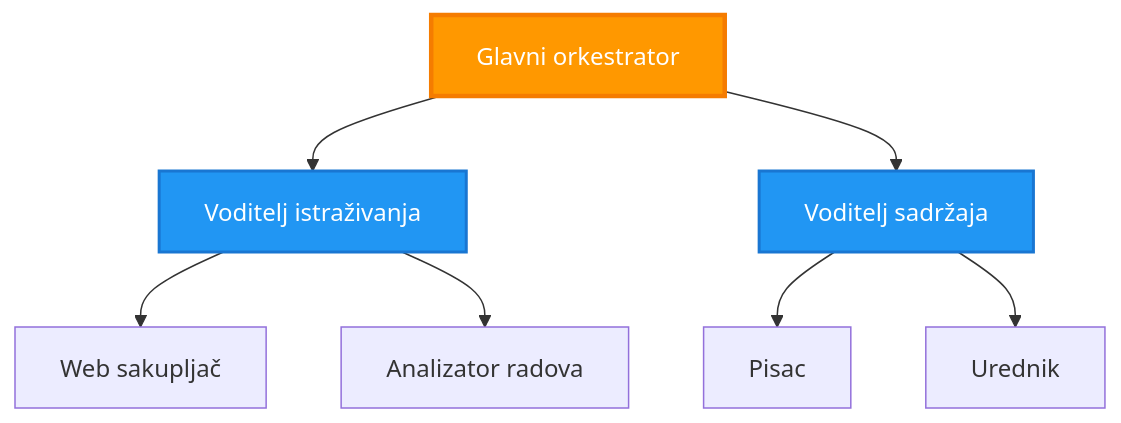
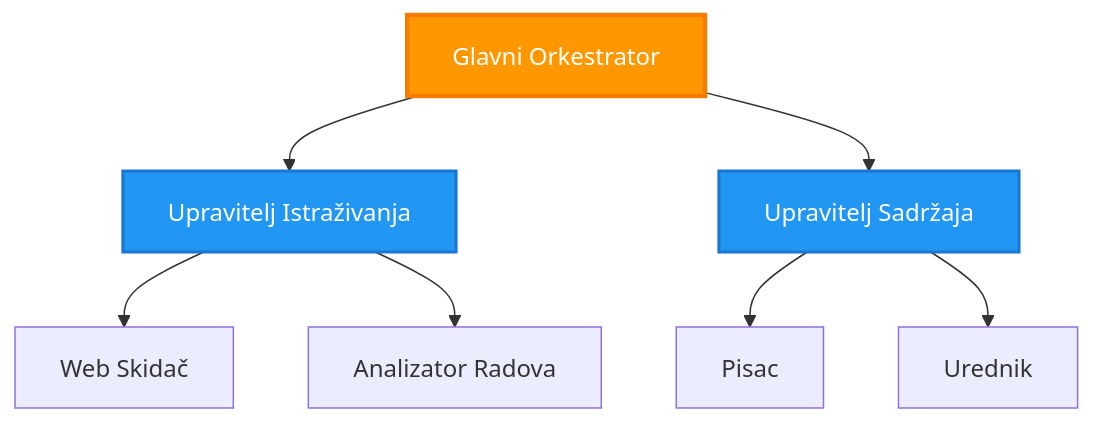
The third of 6 diagrams in translations/hr/docs/chapter-06-pre-deployment/coordination-patterns.md (microsoft/AZD-for-beginners), drawn with Mermaid before and after one commit. The commit also changed other lines of this file and 101 other files, not shown here.

````diff
--- a/translations/hr/docs/chapter-06-pre-deployment/coordination-patterns.md
+++ b/translations/hr/docs/chapter-06-pre-deployment/coordination-patterns.md
@@ -149,21 +143,21 @@
 ```mermaid
 graph TB
-    Master[Glavni orkestrator]
-    Manager1[Voditelj istraživanja]
-    Manager2[Voditelj sadržaja]
-    W1[Web sakupljač]
-    W2[Analizator radova]
+    Master[Glavni Orkestrator]
+    Manager1[Upravitelj Istraživanja]
+    Manager2[Upravitelj Sadržaja]
+    W1[Web Skidač]
+    W2[Analizator Radova]
     W3[Pisac]
     W4[Urednik]
     
     Master --> Manager1
     Master --> Manager2
     Manager1 --> W1
     Manager1 --> W2
     Manager2 --> W3
     Manager2 --> W4
     
     style Master fill:#FF9800,stroke:#F57C00,stroke-width:3px,color:#fff
     style Manager1 fill:#2196F3,stroke:#1976D2,stroke-width:2px,color:#fff
     style Manager2 fill:#2196F3,stroke:#1976D2,stroke-width:2px,color:#fff
 ```
````
